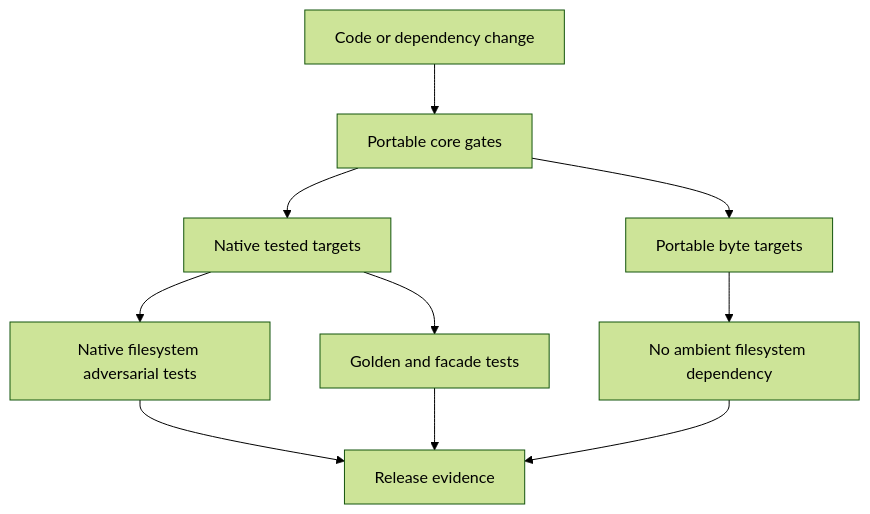
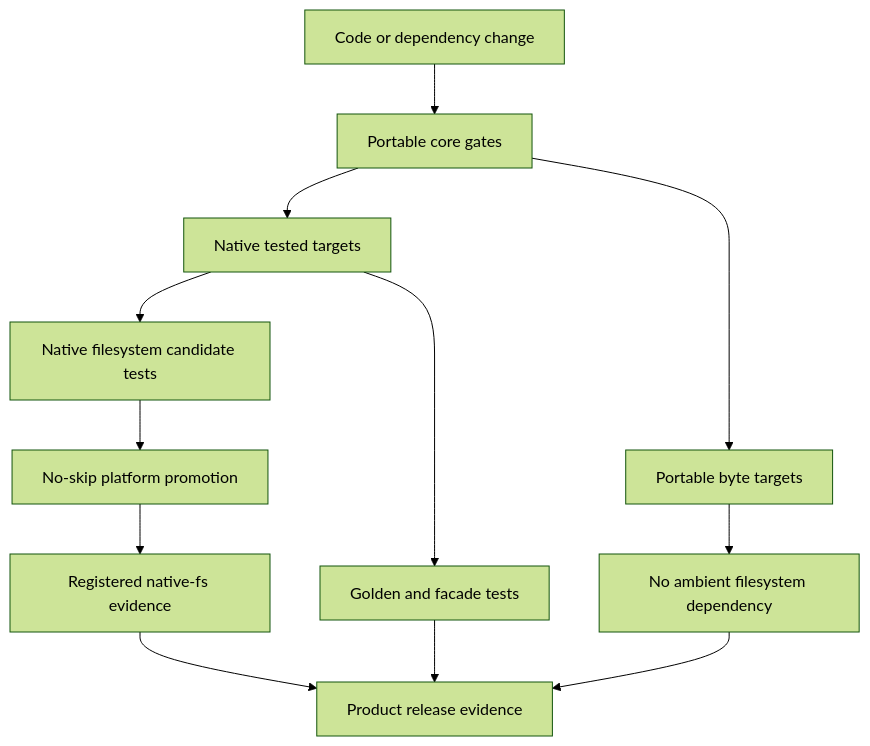
The diagram in docs/adr/0034-supported-targets-and-portability.md (Latias94/baozi), drawn with Mermaid (forest theme) before and after one commit. The commit also changed other lines of this file and 23 other files, not shown here.

First line of the commit message:
docs(architecture): align import governance and evidence

````diff
--- a/docs/adr/0034-supported-targets-and-portability.md
+++ b/docs/adr/0034-supported-targets-and-portability.md
@@ -40,12 +40,14 @@
 ```mermaid
 flowchart TD
     Change[Code or dependency change] --> Portable[Portable core gates]
     Portable --> Native[Native tested targets]
     Portable --> Wasm[Portable byte targets]
-    Native --> Fs[Native filesystem adversarial tests]
+    Native --> CandidateFs[Native filesystem candidate tests]
     Native --> Golden[Golden and facade tests]
     Wasm --> NoFs[No ambient filesystem dependency]
-    Fs --> Release[Release evidence]
+    CandidateFs --> Promotion[No-skip platform promotion]
+    Promotion --> NativeFsRelease[Registered native-fs evidence]
+    NativeFsRelease --> Release[Product release evidence]
     Golden --> Release
     NoFs --> Release
 ```
````
